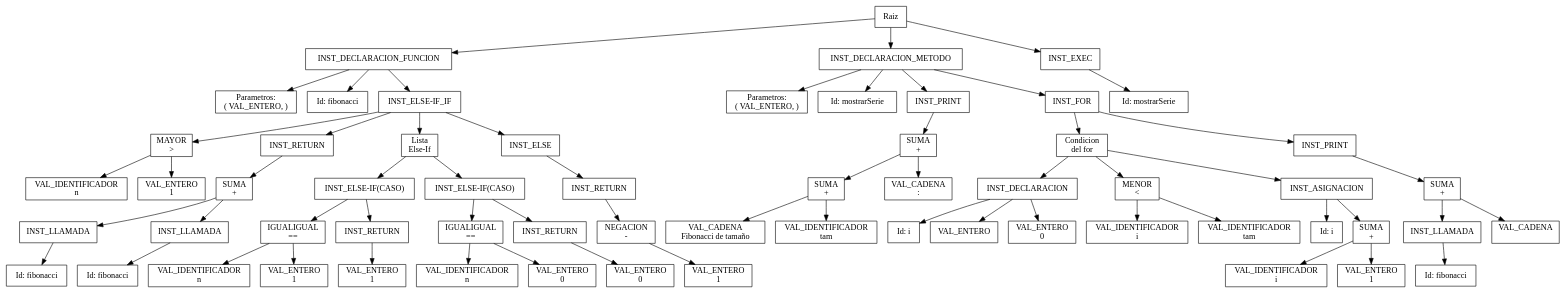
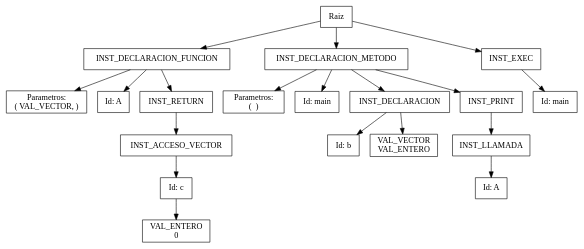
Before and after one commit to pqmad/Proyecto2_OLC1: the diagram in backend/ArbolAST.dot, drawn with Graphviz. The commit also changed 7 other files, not shown here.

```diff
--- a/backend/ArbolAST.dot
+++ b/backend/ArbolAST.dot
@@ -1,172 +1,50 @@
 digraph mygraph { node [shape=box];
 "Raiz" [label= "Raiz"]; 
-"INST_DECLARACION_FUNCION11fibonacci" [label= "INST_DECLARACION_FUNCION"]; 
-"INST_DECLARACION_FUNCION11fibonacci_param" [label= "Parametros:
-( VAL_ENTERO, )"]; 
-"INST_DECLARACION_FUNCION11fibonacciid" [label= "Id: fibonacci"]; 
-"Raiz" -> "INST_DECLARACION_FUNCION11fibonacci"
-"INST_DECLARACION_FUNCION11fibonacci" -> "INST_DECLARACION_FUNCION11fibonacci_param"
-"INST_DECLARACION_FUNCION11fibonacci" -> "INST_DECLARACION_FUNCION11fibonacciid"
-"INST_DECLARACION_FUNCION11fibonacci" [label= "INST_DECLARACION_FUNCION"]; 
-"INST_ELSE-IF_IF35" [label= "INST_ELSE-IF_IF"]; 
-"INST_DECLARACION_FUNCION11fibonacci" -> "INST_ELSE-IF_IF35"
-"INST_ELSE-IF_IF35" [label= "INST_ELSE-IF_IF"]; 
-"MAYOR39n1" [label= "MAYOR\n>"]; 
-"INST_ELSE-IF_IF35" -> "MAYOR39n1"
-"MAYOR39n1" [label= "MAYOR\n>"]; 
-"VAL_IDENTIFICADOR39" [label= "VAL_IDENTIFICADOR\nn"]; 
-"MAYOR39n1" -> "VAL_IDENTIFICADOR39"
-"MAYOR39n1" [label= "MAYOR\n>"]; 
-"VAL_ENTERO311" [label= "VAL_ENTERO\n1"]; 
-"MAYOR39n1" -> "VAL_ENTERO311"
-"INST_ELSE-IF_IF35" [label= "INST_ELSE-IF_IF"]; 
-"INST_RETURN48" [label= "INST_RETURN"]; 
-"INST_ELSE-IF_IF35" -> "INST_RETURN48"
-"INST_RETURN48" [label= "INST_RETURN"]; 
-"SUMA415undefinedundefined" [label= "SUMA\n+"]; 
-"INST_RETURN48" -> "SUMA415undefinedundefined"
-"SUMA415undefinedundefined" [label= "SUMA\n+"]; 
-"INST_LLAMADA415fibonaccifibonacci" [label= "Id: fibonacci"]; 
-"INST_LLAMADA415fibonacci" [label= "INST_LLAMADA"]; 
-"SUMA415undefinedundefined" -> "INST_LLAMADA415fibonacci"
-"INST_LLAMADA415fibonacci" -> "INST_LLAMADA415fibonaccifibonacci"
-"SUMA415undefinedundefined" [label= "SUMA\n+"]; 
-"INST_LLAMADA432fibonaccifibonacci" [label= "Id: fibonacci"]; 
-"INST_LLAMADA432fibonacci" [label= "INST_LLAMADA"]; 
-"SUMA415undefinedundefined" -> "INST_LLAMADA432fibonacci"
-"INST_LLAMADA432fibonacci" -> "INST_LLAMADA432fibonaccifibonacci"
-"lista35" [label= "Lista\nElse-If"]; 
-"INST_ELSE-IF(CASO)65" [label= "INST_ELSE-IF(CASO)"]; 
-"lista35" -> "INST_ELSE-IF(CASO)65"
-"INST_ELSE-IF(CASO)65" [label= "INST_ELSE-IF(CASO)"]; 
-"IGUALIGUAL614n1" [label= "IGUALIGUAL\n=="]; 
-"INST_ELSE-IF(CASO)65" -> "IGUALIGUAL614n1"
-"IGUALIGUAL614n1" [label= "IGUALIGUAL\n=="]; 
-"VAL_IDENTIFICADOR614" [label= "VAL_IDENTIFICADOR\nn"]; 
-"IGUALIGUAL614n1" -> "VAL_IDENTIFICADOR614"
-"IGUALIGUAL614n1" [label= "IGUALIGUAL\n=="]; 
-"VAL_ENTERO617" [label= "VAL_ENTERO\n1"]; 
-"IGUALIGUAL614n1" -> "VAL_ENTERO617"
-"INST_ELSE-IF(CASO)65" [label= "INST_ELSE-IF(CASO)"]; 
-"INST_RETURN79" [label= "INST_RETURN"]; 
-"INST_ELSE-IF(CASO)65" -> "INST_RETURN79"
-"INST_RETURN79" [label= "INST_RETURN"]; 
-"VAL_ENTERO716" [label= "VAL_ENTERO\n1"]; 
-"INST_RETURN79" -> "VAL_ENTERO716"
-"lista35" [label= "Lista\nElse-If"]; 
-"INST_ELSE-IF(CASO)95" [label= "INST_ELSE-IF(CASO)"]; 
-"lista35" -> "INST_ELSE-IF(CASO)95"
-"INST_ELSE-IF(CASO)95" [label= "INST_ELSE-IF(CASO)"]; 
-"IGUALIGUAL914n0" [label= "IGUALIGUAL\n=="]; 
-"INST_ELSE-IF(CASO)95" -> "IGUALIGUAL914n0"
-"IGUALIGUAL914n0" [label= "IGUALIGUAL\n=="]; 
-"VAL_IDENTIFICADOR914" [label= "VAL_IDENTIFICADOR\nn"]; 
-"IGUALIGUAL914n0" -> "VAL_IDENTIFICADOR914"
-"IGUALIGUAL914n0" [label= "IGUALIGUAL\n=="]; 
-"VAL_ENTERO917" [label= "VAL_ENTERO\n0"]; 
-"IGUALIGUAL914n0" -> "VAL_ENTERO917"
-"INST_ELSE-IF(CASO)95" [label= "INST_ELSE-IF(CASO)"]; 
-"INST_RETURN109" [label= "INST_RETURN"]; 
-"INST_ELSE-IF(CASO)95" -> "INST_RETURN109"
-"INST_RETURN109" [label= "INST_RETURN"]; 
-"VAL_ENTERO1016" [label= "VAL_ENTERO\n0"]; 
-"INST_RETURN109" -> "VAL_ENTERO1016"
-"INST_ELSE-IF_IF35" [label= "INST_ELSE-IF_IF"]; 
-"INST_ELSE125" [label= "INST_ELSE"]; 
-"INST_ELSE-IF_IF35" -> "INST_ELSE125"
-"INST_ELSE125" [label= "INST_ELSE"]; 
-"INST_RETURN139" [label= "INST_RETURN"]; 
-"INST_ELSE125" -> "INST_RETURN139"
-"INST_RETURN139" [label= "INST_RETURN"]; 
-"NEGACION131611" [label= "NEGACION\n-"]; 
-"INST_RETURN139" -> "NEGACION131611"
-"NEGACION131611" [label= "NEGACION\n-"]; 
-"VAL_ENTERO1317" [label= "VAL_ENTERO\n1"]; 
-"NEGACION131611" -> "VAL_ENTERO1317"
-"lista35" [label= "Lista\nElse-If"]; 
-"INST_ELSE-IF_IF35" -> "lista35"
+"INST_DECLARACION_FUNCION11A" [label= "INST_DECLARACION_FUNCION"]; 
+"INST_DECLARACION_FUNCION11A_param" [label= "Parametros:
+( VAL_VECTOR, )"]; 
+"INST_DECLARACION_FUNCION11Aid" [label= "Id: A"]; 
+"Raiz" -> "INST_DECLARACION_FUNCION11A"
+"INST_DECLARACION_FUNCION11A" -> "INST_DECLARACION_FUNCION11A_param"
+"INST_DECLARACION_FUNCION11A" -> "INST_DECLARACION_FUNCION11Aid"
+"INST_DECLARACION_FUNCION11A" [label= "INST_DECLARACION_FUNCION"]; 
+"INST_RETURN25" [label= "INST_RETURN"]; 
+"INST_DECLARACION_FUNCION11A" -> "INST_RETURN25"
+"INST_RETURN25" [label= "INST_RETURN"]; 
+"INST_ACCESO_VECTOR212cc" [label= "Id: c"]; 
+"INST_ACCESO_VECTOR212c" [label= "INST_ACCESO_VECTOR"]; 
+"INST_RETURN25" -> "INST_ACCESO_VECTOR212c"
+"INST_ACCESO_VECTOR212c" -> "INST_ACCESO_VECTOR212cc"
+"INST_ACCESO_VECTOR212cc" [label= "Id: c"]; 
+"VAL_ENTERO214" [label= "VAL_ENTERO\n0"]; 
+"INST_ACCESO_VECTOR212cc" -> "VAL_ENTERO214"
 "Raiz" [label= "Raiz"]; 
-"INST_DECLARACION_METODO161mostrarSerie" [label= "INST_DECLARACION_METODO"]; 
-"INST_DECLARACION_METODO161mostrarSerie_param" [label= "Parametros:
-( VAL_ENTERO, )"]; 
-"INST_DECLARACION_METODO161mostrarSerieid" [label= "Id: mostrarSerie"]; 
-"Raiz" -> "INST_DECLARACION_METODO161mostrarSerie"
-"INST_DECLARACION_METODO161mostrarSerie" -> "INST_DECLARACION_METODO161mostrarSerie_param"
-"INST_DECLARACION_METODO161mostrarSerie" -> "INST_DECLARACION_METODO161mostrarSerieid"
-"INST_DECLARACION_METODO161mostrarSerie" [label= "INST_DECLARACION_METODO"]; 
-"INST_PRINT175" [label= "INST_PRINT"]; 
-"INST_DECLARACION_METODO161mostrarSerie" -> "INST_PRINT175"
-"INST_PRINT175" [label= "INST_PRINT"]; 
-"SUMA1732undefined:" [label= "SUMA\n+"]; 
-"INST_PRINT175" -> "SUMA1732undefined:"
-"SUMA1732undefined:" [label= "SUMA\n+"]; 
-"SUMA1732Fibonacci de tamaño tam" [label= "SUMA\n+"]; 
-"SUMA1732undefined:" -> "SUMA1732Fibonacci de tamaño tam"
-"SUMA1732Fibonacci de tamaño tam" [label= "SUMA\n+"]; 
-"VAL_CADENA1732" [label= "VAL_CADENA\nFibonacci de tamaño "]; 
-"SUMA1732Fibonacci de tamaño tam" -> "VAL_CADENA1732"
-"SUMA1732Fibonacci de tamaño tam" [label= "SUMA\n+"]; 
-"VAL_IDENTIFICADOR1734" [label= "VAL_IDENTIFICADOR\ntam"]; 
-"SUMA1732Fibonacci de tamaño tam" -> "VAL_IDENTIFICADOR1734"
-"SUMA1732undefined:" [label= "SUMA\n+"]; 
-"VAL_CADENA1740" [label= "VAL_CADENA\n:"]; 
-"SUMA1732undefined:" -> "VAL_CADENA1740"
-"INST_DECLARACION_METODO161mostrarSerie" [label= "INST_DECLARACION_METODO"]; 
-"INST_FOR185" [label= "INST_FOR"]; 
-"condicion185" [label= "Condicion\ndel for"]; 
-"INST_DECLARACION_METODO161mostrarSerie" -> "INST_FOR185"
-"INST_FOR185" -> "condicion185"
-"condicion185" [label= "Condicion\ndel for"]; 
-"INST_DECLARACION1810i" [label= "Id: i"]; 
-"INST_DECLARACION1810" [label= "INST_DECLARACION"]; 
-"INST_DECLARACION1810VAL_ENTERO" [label= "VAL_ENTERO"]; 
-"condicion185" -> "INST_DECLARACION1810"
-"INST_DECLARACION1810" -> "INST_DECLARACION1810VAL_ENTERO"
-"INST_DECLARACION1810" -> "INST_DECLARACION1810i"
-"INST_DECLARACION1810" [label= "INST_DECLARACION"]; 
-"VAL_ENTERO1818" [label= "VAL_ENTERO\n0"]; 
-"INST_DECLARACION1810" -> "VAL_ENTERO1818"
-"condicion185" [label= "Condicion\ndel for"]; 
-"MENOR1821itam" [label= "MENOR\n<"]; 
-"condicion185" -> "MENOR1821itam"
-"MENOR1821itam" [label= "MENOR\n<"]; 
-"VAL_IDENTIFICADOR1821" [label= "VAL_IDENTIFICADOR\ni"]; 
-"MENOR1821itam" -> "VAL_IDENTIFICADOR1821"
-"MENOR1821itam" [label= "MENOR\n<"]; 
-"VAL_IDENTIFICADOR1825" [label= "VAL_IDENTIFICADOR\ntam"]; 
-"MENOR1821itam" -> "VAL_IDENTIFICADOR1825"
-"condicion185" [label= "Condicion\ndel for"]; 
-"INST_ASIGNACION1830SUMA" [label= "Id: i"]; 
-"INST_ASIGNACION1830" [label= "INST_ASIGNACION"]; 
-"condicion185" -> "INST_ASIGNACION1830"
-"INST_ASIGNACION1830" -> "INST_ASIGNACION1830SUMA"
-"INST_ASIGNACION1830" [label= "INST_ASIGNACION"]; 
-"SUMA1830i1" [label= "SUMA\n+"]; 
-"INST_ASIGNACION1830" -> "SUMA1830i1"
-"SUMA1830i1" [label= "SUMA\n+"]; 
-"VAL_IDENTIFICADOR1830" [label= "VAL_IDENTIFICADOR\ni"]; 
-"SUMA1830i1" -> "VAL_IDENTIFICADOR1830"
-"SUMA1830i1" [label= "SUMA\n+"]; 
-"VAL_ENTERO1830" [label= "VAL_ENTERO\n1"]; 
-"SUMA1830i1" -> "VAL_ENTERO1830"
-"INST_FOR185" [label= "INST_FOR"]; 
-"INST_PRINT199" [label= "INST_PRINT"]; 
-"INST_FOR185" -> "INST_PRINT199"
-"INST_PRINT199" [label= "INST_PRINT"]; 
-"SUMA1915undefined " [label= "SUMA\n+"]; 
-"INST_PRINT199" -> "SUMA1915undefined "
-"SUMA1915undefined " [label= "SUMA\n+"]; 
-"INST_LLAMADA1915fibonaccifibonacci" [label= "Id: fibonacci"]; 
-"INST_LLAMADA1915fibonacci" [label= "INST_LLAMADA"]; 
-"SUMA1915undefined " -> "INST_LLAMADA1915fibonacci"
-"INST_LLAMADA1915fibonacci" -> "INST_LLAMADA1915fibonaccifibonacci"
-"SUMA1915undefined " [label= "SUMA\n+"]; 
-"VAL_CADENA1930" [label= "VAL_CADENA\n "]; 
-"SUMA1915undefined " -> "VAL_CADENA1930"
+"INST_DECLARACION_METODO51main" [label= "INST_DECLARACION_METODO"]; 
+"INST_DECLARACION_METODO51main_param" [label= "Parametros:
+(  )"]; 
+"INST_DECLARACION_METODO51mainid" [label= "Id: main"]; 
+"Raiz" -> "INST_DECLARACION_METODO51main"
+"INST_DECLARACION_METODO51main" -> "INST_DECLARACION_METODO51main_param"
+"INST_DECLARACION_METODO51main" -> "INST_DECLARACION_METODO51mainid"
+"INST_DECLARACION_METODO51main" [label= "INST_DECLARACION_METODO"]; 
+"INST_DECLARACION64b" [label= "Id: b"]; 
+"INST_DECLARACION64" [label= "INST_DECLARACION"]; 
+"INST_DECLARACION64VAL_VECTOR" [label= "VAL_VECTOR\nVAL_ENTERO"]; 
+"INST_DECLARACION_METODO51main" -> "INST_DECLARACION64"
+"INST_DECLARACION64" -> "INST_DECLARACION64VAL_VECTOR"
+"INST_DECLARACION64" -> "INST_DECLARACION64b"
+"INST_DECLARACION_METODO51main" [label= "INST_DECLARACION_METODO"]; 
+"INST_PRINT74" [label= "INST_PRINT"]; 
+"INST_DECLARACION_METODO51main" -> "INST_PRINT74"
+"INST_PRINT74" [label= "INST_PRINT"]; 
+"INST_LLAMADA710AA" [label= "Id: A"]; 
+"INST_LLAMADA710A" [label= "INST_LLAMADA"]; 
+"INST_PRINT74" -> "INST_LLAMADA710A"
+"INST_LLAMADA710A" -> "INST_LLAMADA710AA"
 "Raiz" [label= "Raiz"]; 
-"INST_EXEC221mostrarSeriemostrarSerie" [label= "Id: mostrarSerie"]; 
-"INST_EXEC221mostrarSerie" [label= "INST_EXEC"]; 
-"Raiz" -> "INST_EXEC221mostrarSerie"
-"INST_EXEC221mostrarSerie" -> "INST_EXEC221mostrarSeriemostrarSerie"
+"INST_EXEC91mainmain" [label= "Id: main"]; 
+"INST_EXEC91main" [label= "INST_EXEC"]; 
+"Raiz" -> "INST_EXEC91main"
+"INST_EXEC91main" -> "INST_EXEC91mainmain"
 
 }
```
